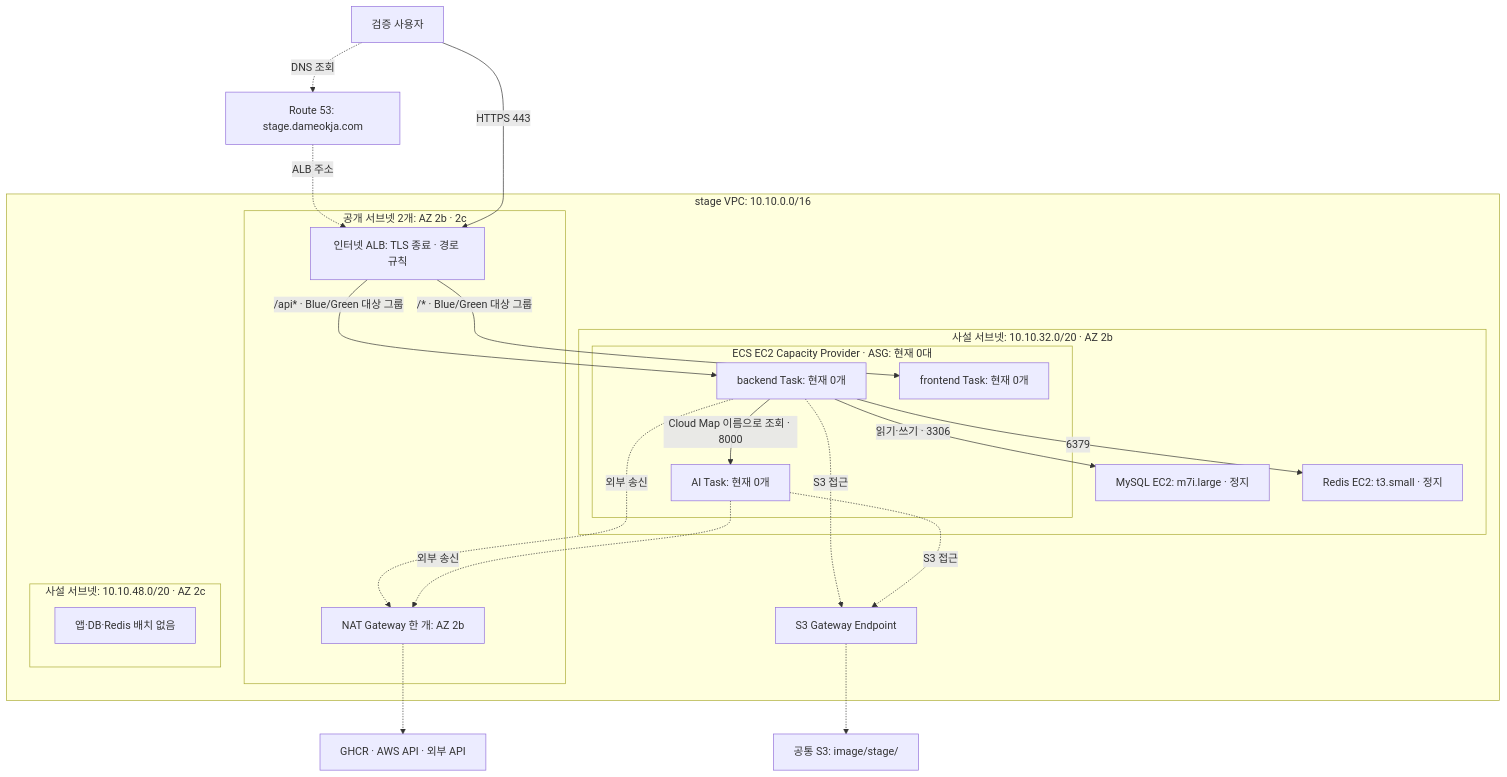
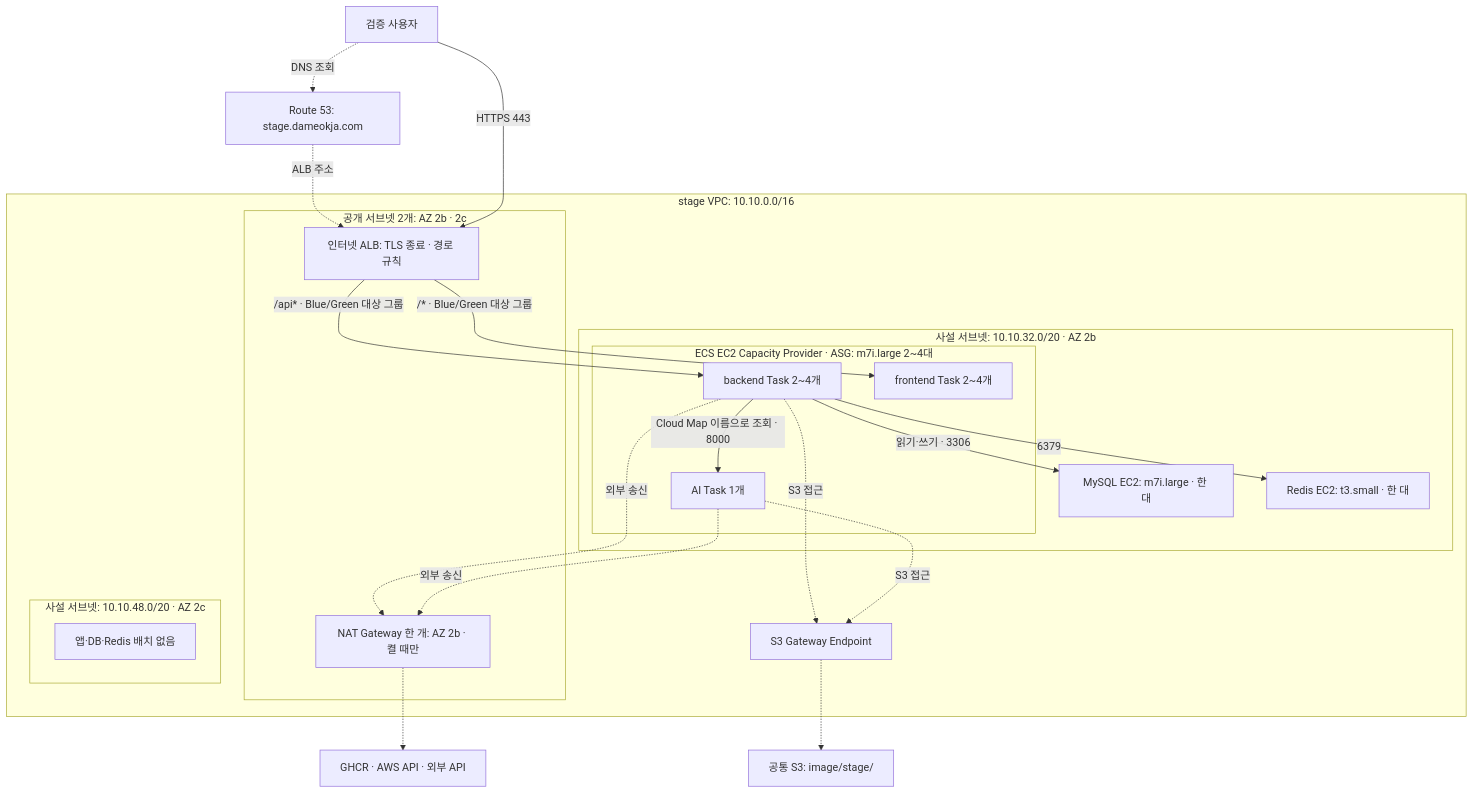
Before and after one commit to 100-hours-a-week/KTB4-5th-CLOUD: the second of 4 diagrams in docs/design/v2 환경별 구축 아키텍처.md, drawn with Mermaid. The commit also changed other lines of this file and 12 other files, not shown here.

````diff
--- a/docs/design/v2 환경별 구축 아키텍처.md
+++ b/docs/design/v2 환경별 구축 아키텍처.md
@@ -79,40 +77,40 @@
 ```mermaid
 flowchart TB
     stageClient["검증 사용자"]
     stageDns["Route 53: stage.dameokja.com"]
     subgraph stageVpc["stage VPC: 10.10.0.0/16"]
         subgraph stagePublic["공개 서브넷 2개: AZ 2b · 2c"]
             stageAlb["인터넷 ALB: TLS 종료 · 경로 규칙"]
-            stageNat["NAT Gateway 한 개: AZ 2b"]
+            stageNat["NAT Gateway 한 개: AZ 2b · 켤 때만"]
         end
         subgraph stagePrivateB["사설 서브넷: 10.10.32.0/20 · AZ 2b"]
-            subgraph stageCapacity["ECS EC2 Capacity Provider · ASG: 현재 0대"]
-                stageBe["backend Task: 현재 0개"]
-                stageFe["frontend Task: 현재 0개"]
-                stageAi["AI Task: 현재 0개"]
+            subgraph stageCapacity["ECS EC2 Capacity Provider · ASG: m7i.large 2~4대"]
+                stageBe["backend Task 2~4개"]
+                stageFe["frontend Task 2~4개"]
+                stageAi["AI Task 1개"]
             end
-            stageDb["MySQL EC2: m7i.large · 정지"]
-            stageRedis["Redis EC2: t3.small · 정지"]
+            stageDb["MySQL EC2: m7i.large · 한 대"]
+            stageRedis["Redis EC2: t3.small · 한 대"]
         end
         subgraph stagePrivateC["사설 서브넷: 10.10.48.0/20 · AZ 2c"]
             stageReserved["앱·DB·Redis 배치 없음"]
         end
         stageEndpoint["S3 Gateway Endpoint"]
     end
     stageS3["공통 S3: image/stage/"]
     stageExternal["GHCR · AWS API · 외부 API"]
     stageClient -.->|"DNS 조회"| stageDns
     stageDns -.->|"ALB 주소"| stageAlb
     stageClient -->|"HTTPS 443"| stageAlb
     stageAlb -->|"/api* · Blue/Green 대상 그룹"| stageBe
     stageAlb -->|"/* · Blue/Green 대상 그룹"| stageFe
     stageBe -->|"읽기·쓰기 · 3306"| stageDb
     stageBe -->|"6379"| stageRedis
     stageBe -->|"Cloud Map 이름으로 조회 · 8000"| stageAi
     stageBe -.->|"외부 송신"| stageNat
     stageAi -.->|"외부 송신"| stageNat
     stageNat -.-> stageExternal
     stageBe -.->|"S3 접근"| stageEndpoint
     stageAi -.->|"S3 접근"| stageEndpoint
     stageEndpoint -.-> stageS3
 ```
````
